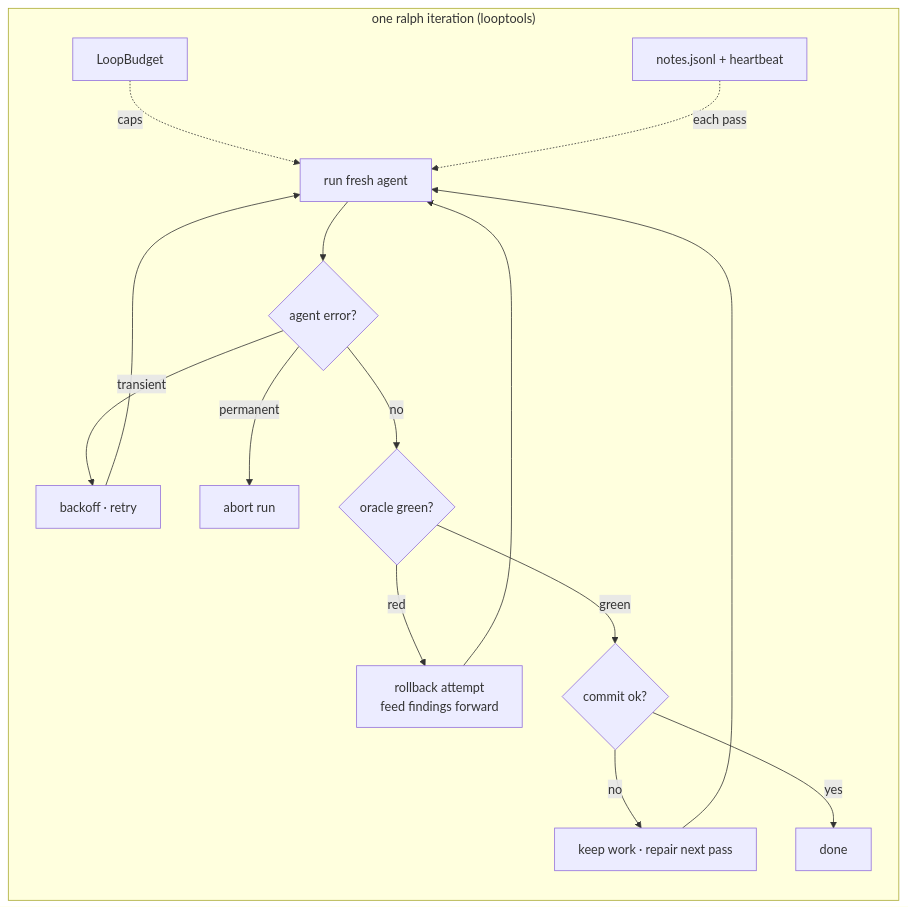
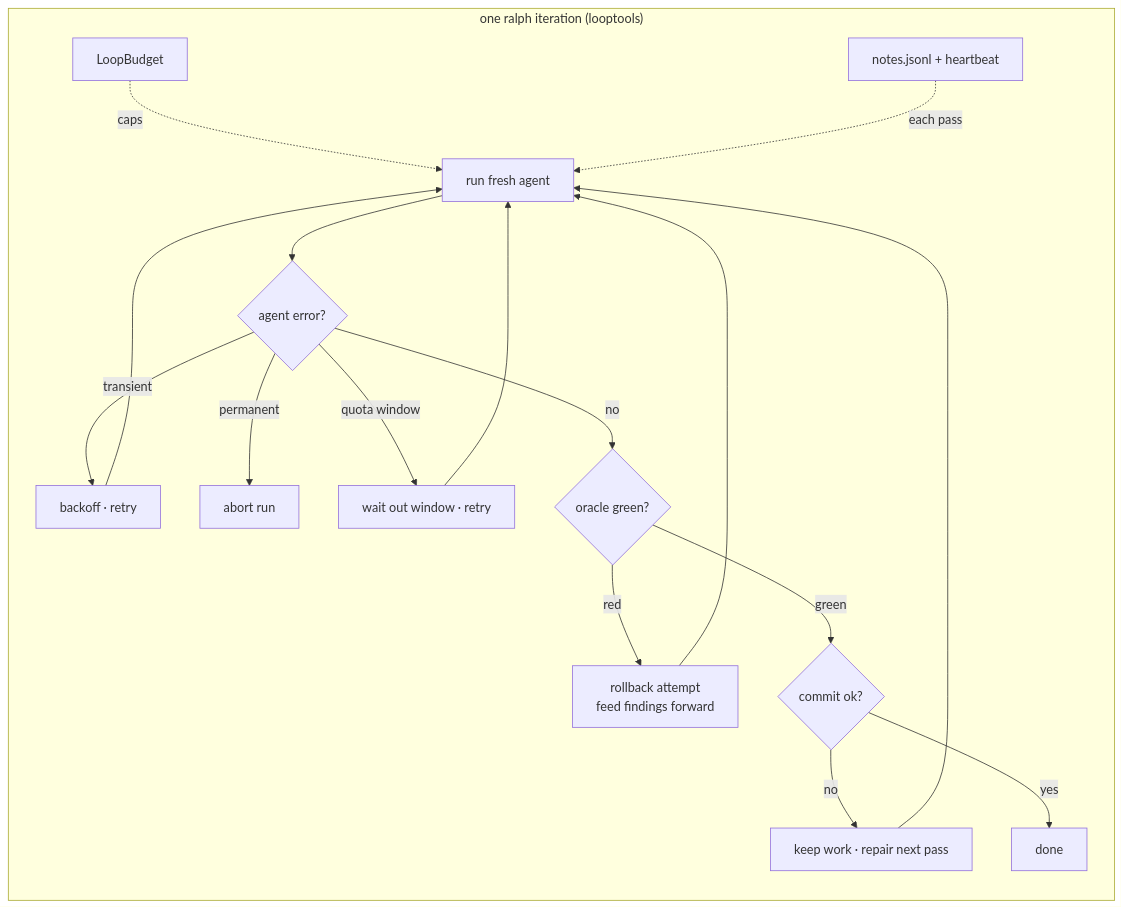
One commit to cabal19421/harness-oss changed the third of 4 diagrams in ARCHITECTURE.md. Above: the diagram before and after it, drawn with Mermaid. The commit also changed other lines of this file and 66 other files, not shown here.

````diff
--- a/ARCHITECTURE.md
+++ b/ARCHITECTURE.md
@@ -202,15 +208,16 @@
 ```mermaid
 flowchart LR
     subgraph LOOP["one ralph iteration (looptools)"]
         RUN["run fresh agent"] --> ERR{"agent error?"}
         ERR -->|transient| BO["backoff · retry"] --> RUN
         ERR -->|permanent| ABORT["abort run"]
+        ERR -->|quota window| QW["wait out window · retry"] --> RUN
         ERR -->|no| OR{"oracle green?"}
         OR -->|red| RB["rollback attempt\nfeed findings forward"] --> RUN
         OR -->|green| CM{"commit ok?"}
         CM -->|no| RP["keep work · repair next pass"] --> RUN
         CM -->|yes| OK["done"]
         BUD["LoopBudget"] -. caps .-> RUN
         NOTE["notes.jsonl + heartbeat"] -. each pass .-> RUN
     end
 ```
````
